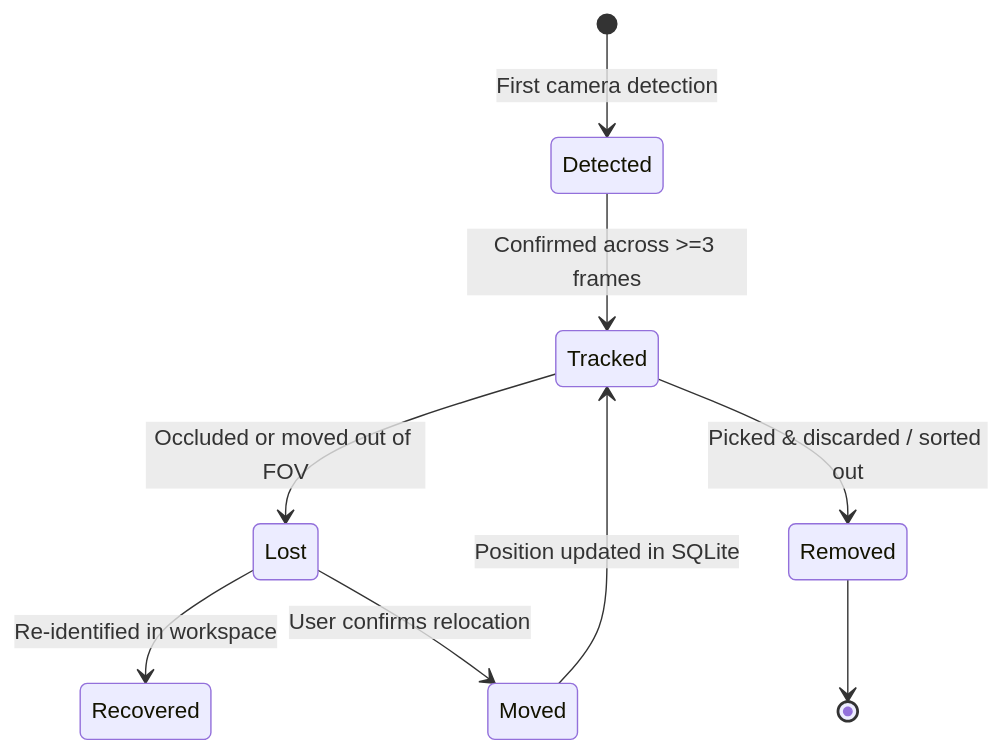
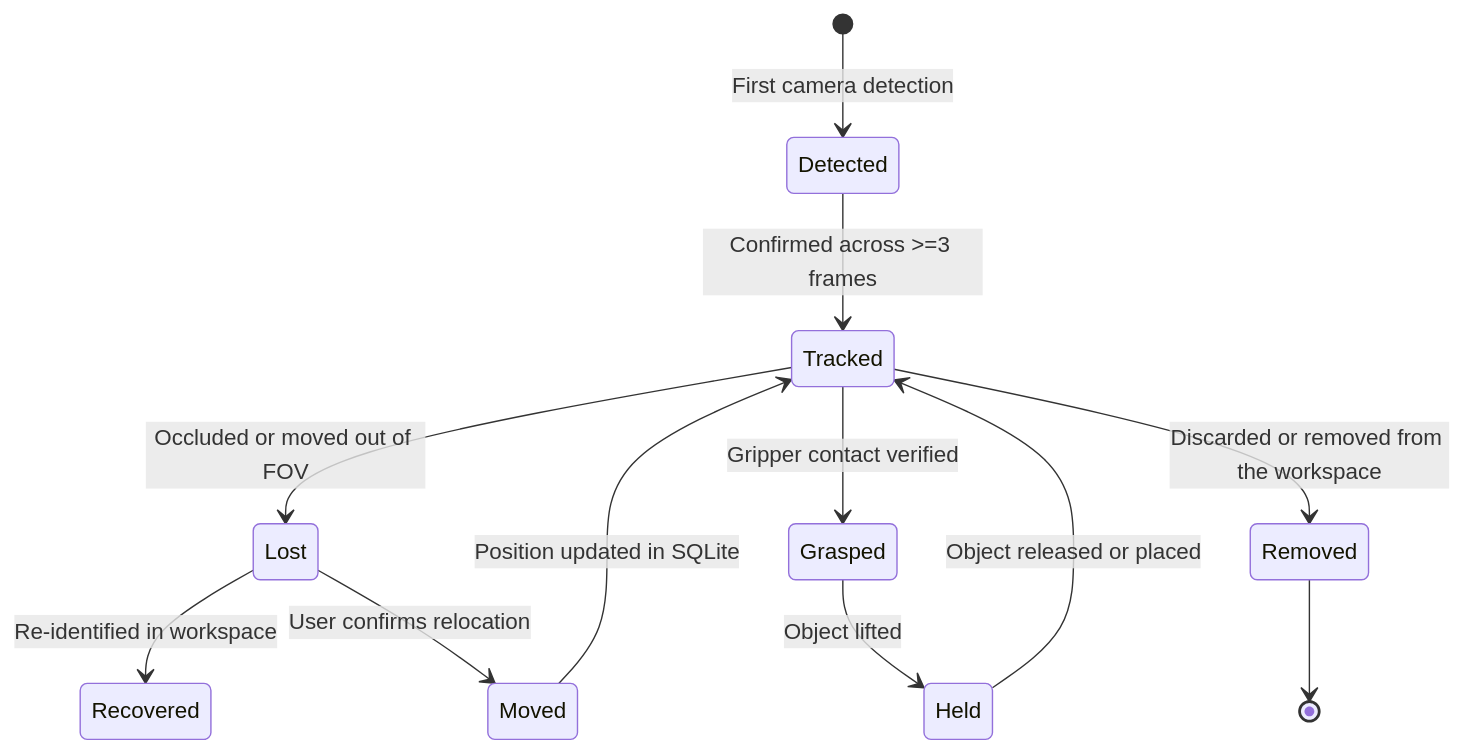
One commit to gaminization/ARIA changed the diagram in docs/WORLD_MODEL_AND_FAILURE_RECOVERY.md. Above: the diagram before and after it, drawn with Mermaid. The commit also changed other lines of this file and 146 other files, not shown here.

````diff
--- a/docs/WORLD_MODEL_AND_FAILURE_RECOVERY.md
+++ b/docs/WORLD_MODEL_AND_FAILURE_RECOVERY.md
@@ -7,11 +7,14 @@
 ```mermaid
 stateDiagram-v2
     [*] --> Detected: First camera detection
     Detected --> Tracked: Confirmed across >=3 frames
     Tracked --> Lost: Occluded or moved out of FOV
     Lost --> Recovered: Re-identified in workspace
     Lost --> Moved: User confirms relocation
-    Tracked --> Removed: Picked & discarded / sorted out
+    Tracked --> Grasped: Gripper contact verified
+    Grasped --> Held: Object lifted
+    Held --> Tracked: Object released or placed
+    Tracked --> Removed: Discarded or removed from the workspace
     Moved --> Tracked: Position updated in SQLite
     Removed --> [*]
 ```
````
